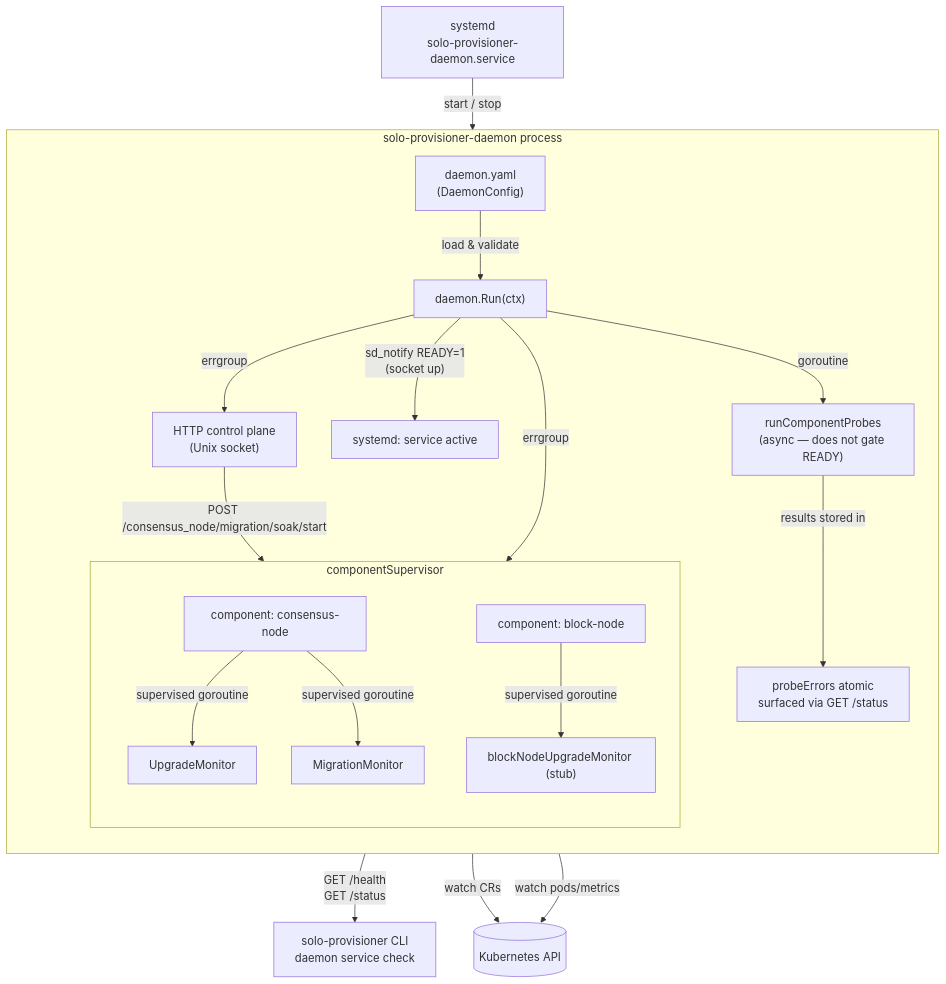
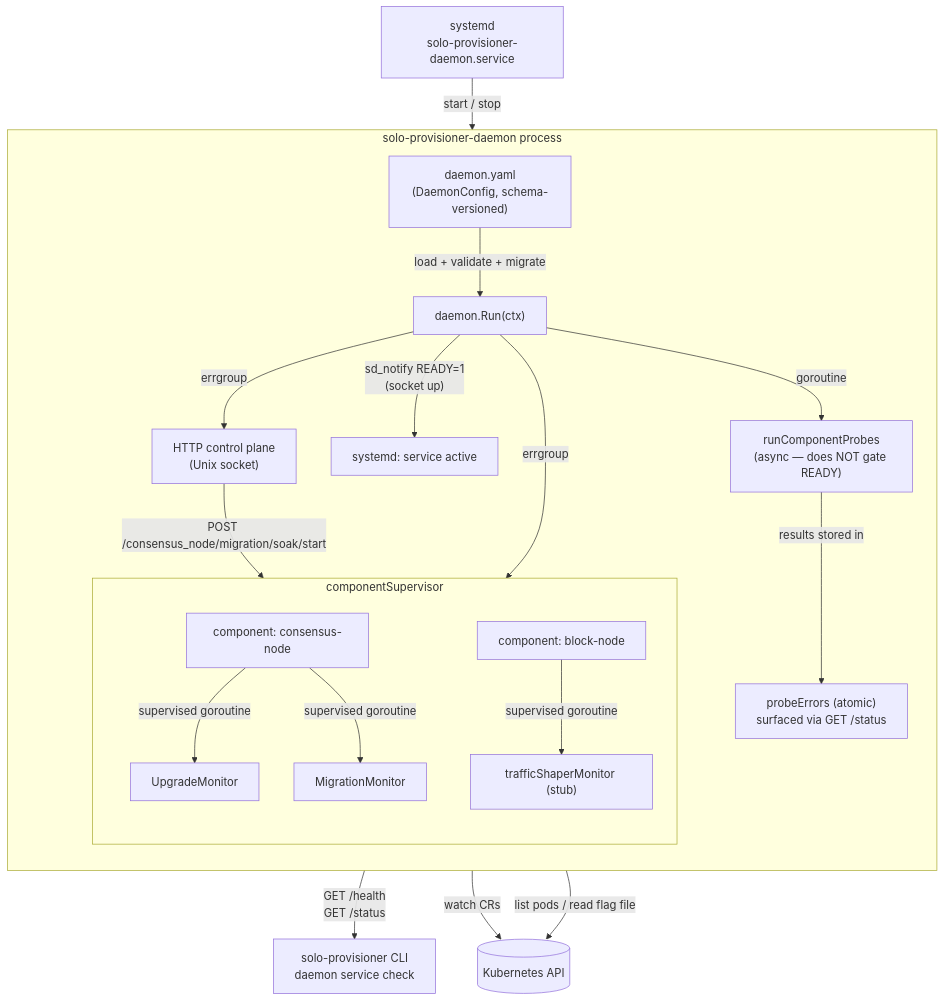
The first of 7 diagrams in docs/dev/daemon/daemon-architecture.md (hashgraph/solo-weaver), drawn with Mermaid before and after one commit. The commit also changed other lines of this file, not shown here.

Commit message:
docs: add daemon architecture doc

````diff
--- a/docs/dev/daemon/daemon-architecture.md
+++ b/docs/dev/daemon/daemon-architecture.md
@@ -27,30 +77,30 @@
 ```mermaid
 graph TD
     systemd["systemd\nsolo-provisioner-daemon.service"] -->|start / stop| daemon
 
     subgraph daemon["solo-provisioner-daemon process"]
         direction TB
-        cfg["daemon.yaml\n(DaemonConfig)"] -->|load & validate| run
+        cfg["daemon.yaml\n(DaemonConfig, schema-versioned)"] -->|load + validate + migrate| run
         run["daemon.Run(ctx)"]
         run -->|errgroup| http["HTTP control plane\n(Unix socket)"]
         run -->|errgroup| sup["componentSupervisor"]
         run -->|"sd_notify READY=1\n(socket up)"| sdnotify["systemd: service active"]
-        run -->|goroutine| probe["runComponentProbes\n(async — does not gate READY)"]
+        run -->|goroutine| probe["runComponentProbes\n(async — does NOT gate READY)"]
 
         subgraph sup["componentSupervisor"]
             direction TB
             cn_comp["component: consensus-node"]
             bn_comp["component: block-node"]
             cn_comp -->|supervised goroutine| up_mon["UpgradeMonitor"]
             cn_comp -->|supervised goroutine| mig_mon["MigrationMonitor"]
-            bn_comp -->|supervised goroutine| bn_mon["blockNodeUpgradeMonitor (stub)"]
+            bn_comp -->|supervised goroutine| bn_mon["trafficShaperMonitor (stub)"]
         end
 
-        probe -->|results stored in| probeErrors["probeErrors atomic\nsurfaced via GET /status"]
+        probe -->|results stored in| probeErrors["probeErrors (atomic)\nsurfaced via GET /status"]
     end
 
     http -->|"GET /health\nGET /status"| cli["solo-provisioner CLI\ndaemon service check"]
     http -->|"POST /consensus_node/migration/soak/start"| mig_mon
     up_mon -->|watch CRs| k8s[("Kubernetes API")]
-    mig_mon -->|watch pods/metrics| k8s
+    mig_mon -->|list pods / read flag file| k8s
 ```
````
